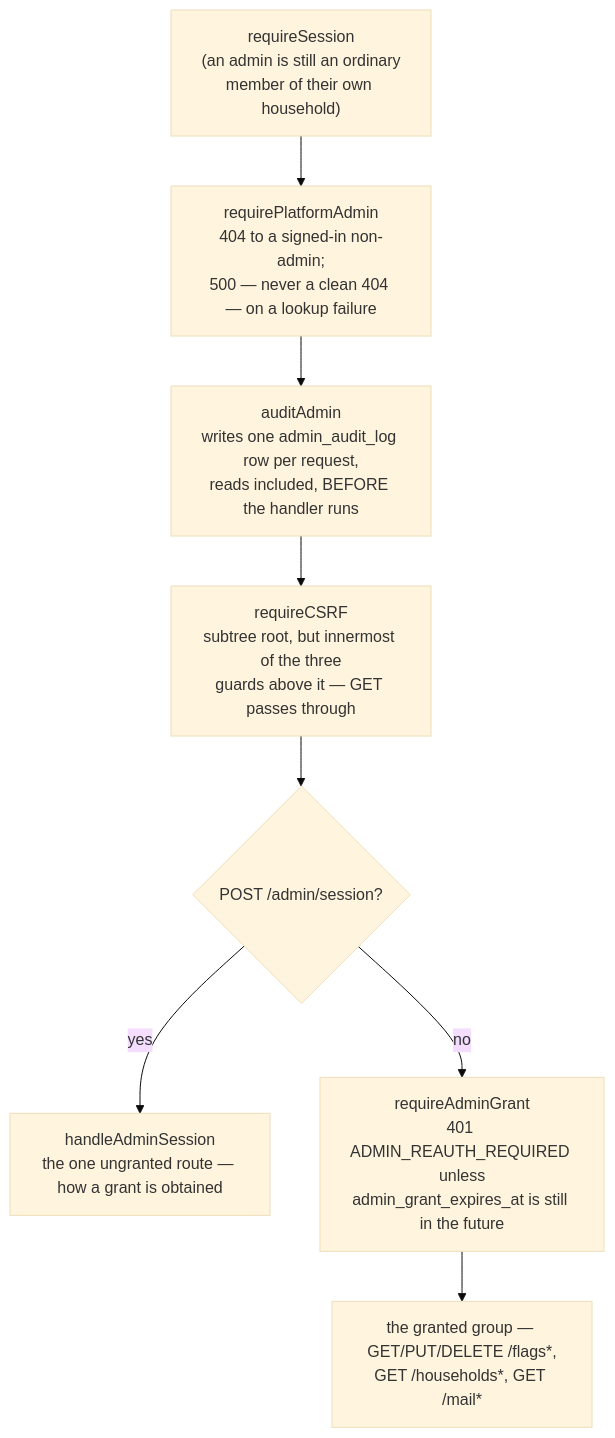
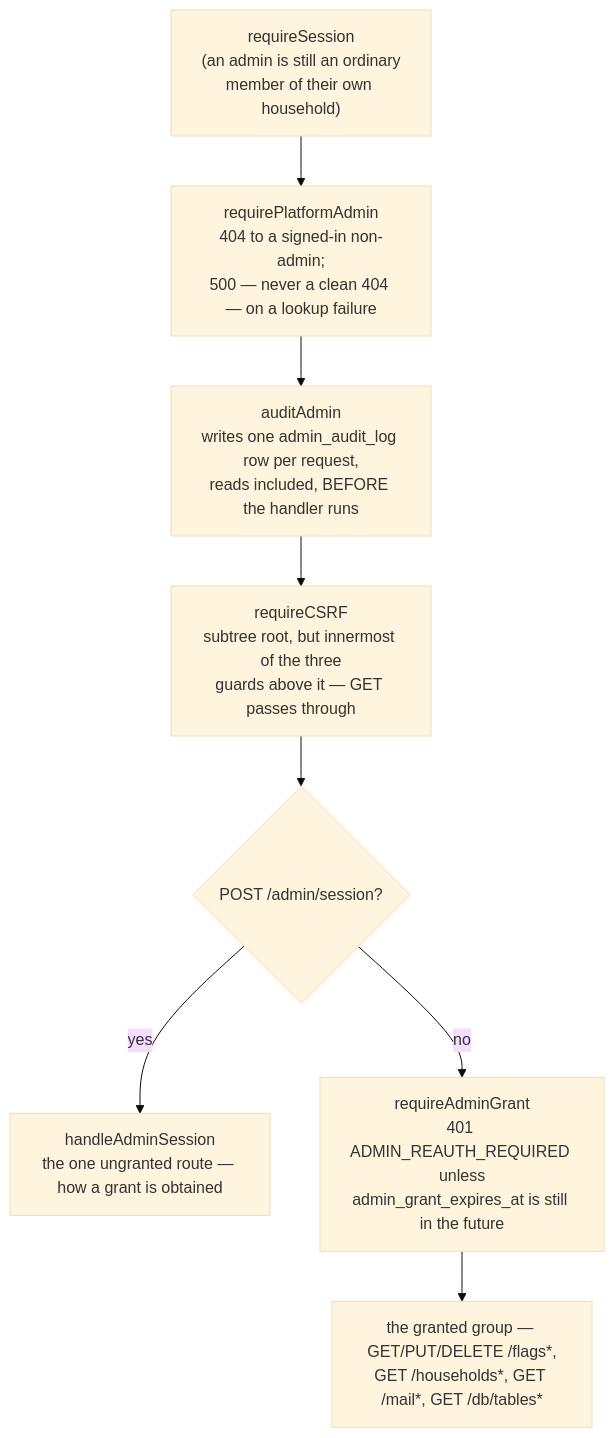
One commit to oandrz/Household changed the fifth of 19 diagrams in docs/SYSTEM_DESIGN.md. Above: the diagram before and after it, drawn with Mermaid (base theme). The commit also changed other lines of this file and 58 other files, not shown here.

````diff
--- a/docs/SYSTEM_DESIGN.md
+++ b/docs/SYSTEM_DESIGN.md
@@ -752,10 +886,10 @@
 ```mermaid
 graph TD
     S["requireSession<br/>(an admin is still an ordinary<br/>member of their own household)"] --> PA["requirePlatformAdmin<br/>404 to a signed-in non-admin;<br/>500 — never a clean 404 — on a lookup failure"]
     PA --> AA["auditAdmin<br/>writes one admin_audit_log row per request,<br/>reads included, BEFORE the handler runs"]
     AA --> CS["requireCSRF<br/>subtree root, but innermost of the three<br/>guards above it — GET passes through"]
     CS --> Which{"POST /admin/session?"}
     Which -->|yes| H1["handleAdminSession<br/>the one ungranted route — how a grant is obtained"]
     Which -->|no| AG["requireAdminGrant<br/>401 ADMIN_REAUTH_REQUIRED unless<br/>admin_grant_expires_at is still in the future"]
-    AG --> H2["the granted group — GET/PUT/DELETE /flags*,<br/>GET /households*, GET /mail*"]
+    AG --> H2["the granted group — GET/PUT/DELETE /flags*,<br/>GET /households*, GET /mail*, GET /db/tables*"]
 ```
````
